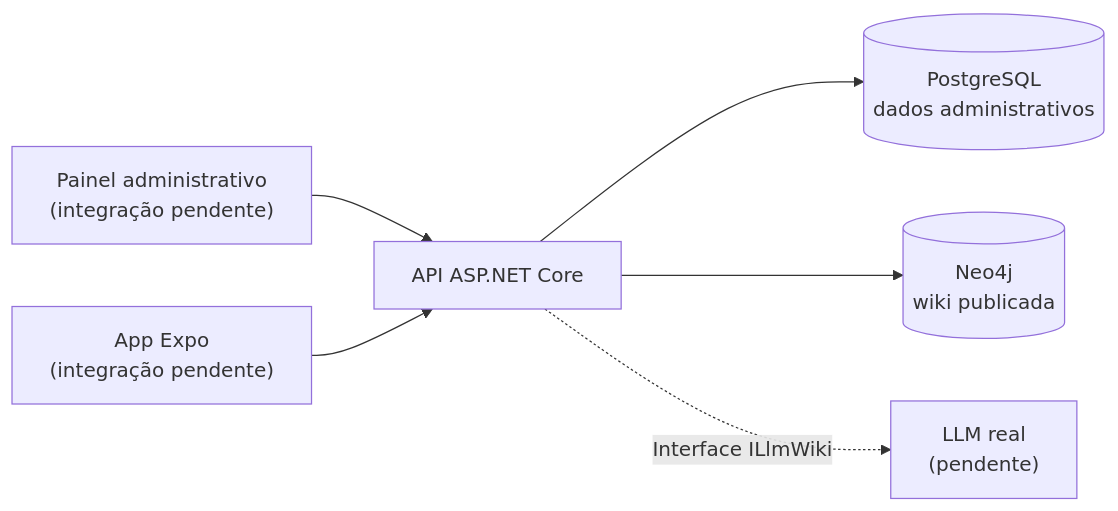
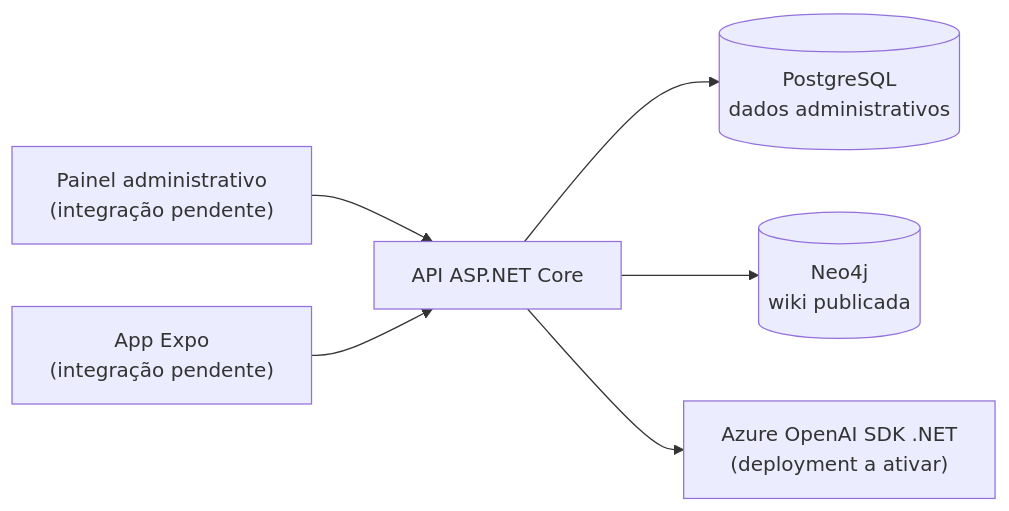
One commit to Luansramos/F-cil-Munic-pio-wiki-cidade changed the first of 2 diagrams in docs/entrega-soa-csharp.md. Above: the diagram before and after it, drawn with Mermaid. The commit also changed other lines of this file and 21 other files, not shown here.

Commit message:
feat: adiciona integração Azure OpenAI à wiki

````diff
--- a/docs/entrega-soa-csharp.md
+++ b/docs/entrega-soa-csharp.md
@@ -25,8 +27,8 @@
 ```mermaid
 flowchart LR
     A["Painel administrativo<br/>(integração pendente)"] --> API["API ASP.NET Core"]
     M["App Expo<br/>(integração pendente)"] --> API
     API --> P[("PostgreSQL<br/>dados administrativos")]
     API --> G[("Neo4j<br/>wiki publicada")]
-    API -. "Interface ILlmWiki" .-> L["LLM real<br/>(pendente)"]
+    API --> L["Azure OpenAI SDK .NET<br/>(deployment a ativar)"]
 ```
````
